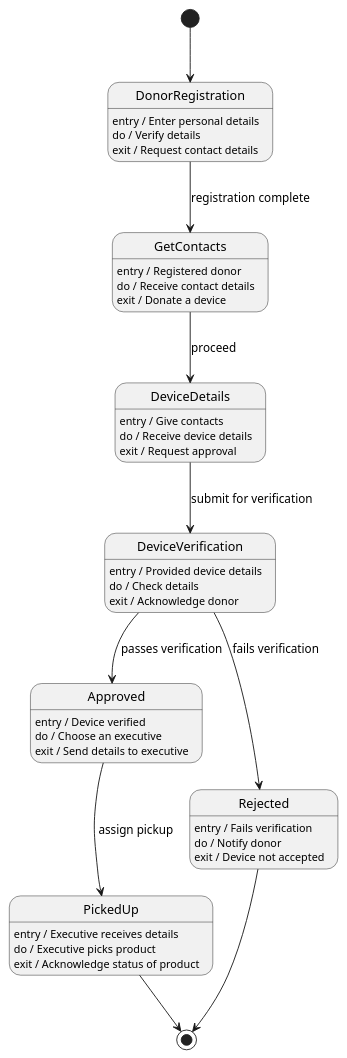
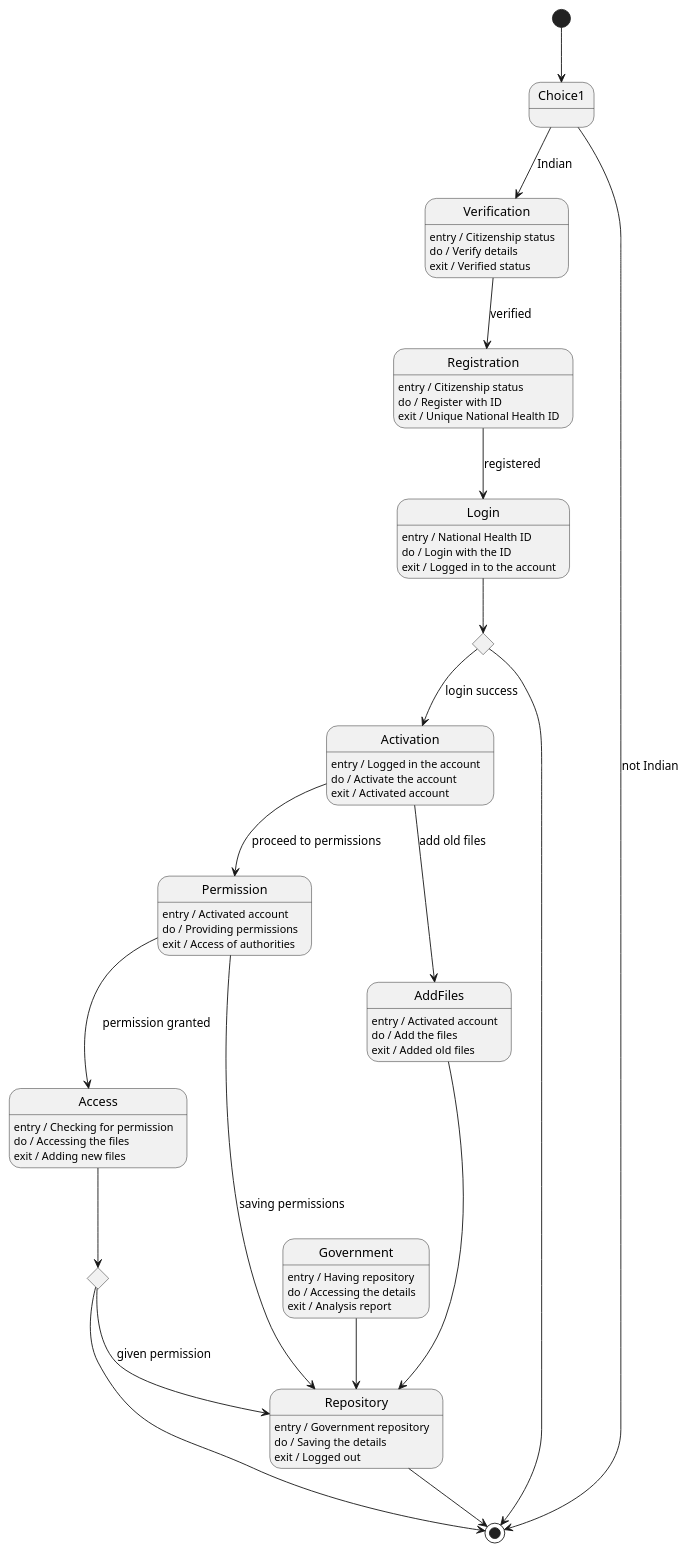
One commit to maimunafaria/State_transition_Diagram_generated_by_LLM changed the diagram in dataset/case_10_device_handout/diagram.puml. Above: the diagram before and after it, drawn with PlantUML. The commit also changed 21 other files, not shown here.

```diff
--- a/dataset/case_10_device_handout/diagram.puml
+++ b/dataset/case_10_device_handout/diagram.puml
@@ -1,48 +1,70 @@
 @startuml
 
-[*] --> DonorRegistration
+[*] --> Choice1
+state Choice1 <<choice>>
+state Choice2 <<choice>>
+state Choice3 <<choice>>
+Choice1 --> Verification : Indian
+Choice1 --> [*] : not Indian
 
-DonorRegistration : entry / Enter personal details
-DonorRegistration : do / Verify details
-DonorRegistration : exit / Request contact details
+Verification : entry / Citizenship status
+Verification : do / Verify details
+Verification : exit / Verified status
 
-DonorRegistration --> GetContacts : registration complete
+Verification --> Registration : verified
 
-GetContacts : entry / Registered donor
-GetContacts : do / Receive contact details
-GetContacts : exit / Donate a device
+Registration : entry / Citizenship status
+Registration : do / Register with ID
+Registration : exit / Unique National Health ID
 
-GetContacts --> DeviceDetails : proceed
+Registration --> Login : registered
 
-DeviceDetails : entry / Give contacts
-DeviceDetails : do / Receive device details
-DeviceDetails : exit / Request approval
+Login : entry / National Health ID
+Login : do / Login with the ID
+Login : exit / Logged in to the account
 
-DeviceDetails --> DeviceVerification : submit for verification
+Login --> Choice2 
+Choice2 --> Activation : login success
+Choice2 --> [*] 
+Activation : entry / Logged in the account
+Activation : do / Activate the account
+Activation : exit / Activated account
 
-DeviceVerification : entry / Provided device details
-DeviceVerification : do / Check details
-DeviceVerification : exit / Acknowledge donor
+Activation --> AddFiles : add old files
+Activation --> Permission : proceed to permissions
 
-DeviceVerification --> Approved : passes verification
-DeviceVerification --> Rejected : fails verification
+AddFiles : entry / Activated account
+AddFiles : do / Add the files
+AddFiles : exit / Added old files
 
-Approved : entry / Device verified
-Approved : do / Choose an executive
-Approved : exit / Send details to executive
+AddFiles --> Repository
 
-Approved --> PickedUp : assign pickup
+Permission : entry / Activated account
+Permission : do / Providing permissions
+Permission : exit / Access of authorities
 
-PickedUp : entry / Executive receives details
-PickedUp : do / Executive picks product
-PickedUp : exit / Acknowledge status of product
+Permission --> Access : permission granted
+Permission --> Repository : saving permissions
 
-PickedUp --> [*]
+Access : entry / Checking for permission
+Access : do / Accessing the files
+Access : exit / Adding new files
 
-Rejected : entry / Fails verification
-Rejected : do / Notify donor
-Rejected : exit / Device not accepted
+Access --> Choice3 
+Choice3 --> Repository : given permission
+Choice3 --> [*] 
 
-Rejected --> [*]
+
+Government : entry / Having repository
+Government : do / Accessing the details
+Government : exit / Analysis report
+
+Government --> Repository
+
+Repository : entry / Government repository
+Repository : do / Saving the details
+Repository : exit / Logged out
+
+Repository --> [*]
 
 @enduml
```
